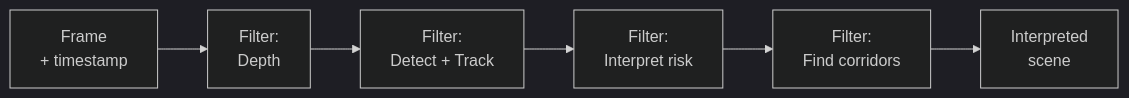
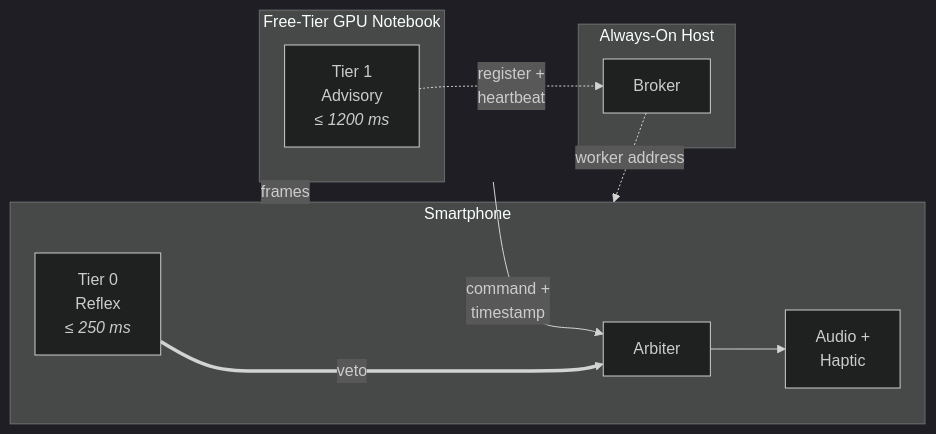
The eighth of 10 diagrams in docs/SRS.md (shahalam22/WalkSafe), drawn with Mermaid (dark theme) before and after one commit. The commit also changed other lines of this file and 2 other files, not shown here.

````diff
--- a/docs/SRS.md
+++ b/docs/SRS.md
@@ -1293,8 +892,23 @@
 ```mermaid
-graph LR
-    IN["Frame<br/>+ timestamp"] --> F1["Filter:<br/>Depth"]
-    F1 --> F2["Filter:<br/>Detect + Track"]
-    F2 --> F3["Filter:<br/>Interpret risk"]
-    F3 --> F4["Filter:<br/>Find corridors"]
-    F4 --> OUT["Interpreted<br/>scene"]
+flowchart LR
+    subgraph PHONE["Smartphone"]
+        T0["Tier 0<br/>Reflex<br/><i>≤ 250 ms</i>"]
+        AR["Arbiter"]
+        OUT["Audio +<br/>Haptic"]
+        T0 ==>|veto| AR
+        AR --> OUT
+    end
+
+    subgraph GPU["Free-Tier GPU Notebook"]
+        T1["Tier 1<br/>Advisory<br/><i>≤ 1200 ms</i>"]
+    end
+
+    subgraph ALWAYS["Always-On Host"]
+        BR["Broker"]
+    end
+
+    PHONE -->|frames| GPU
+    GPU -->|command +<br/>timestamp| AR
+    T1 -.->|register +<br/>heartbeat| BR
+    BR -.->|worker address| PHONE
 ```
````
